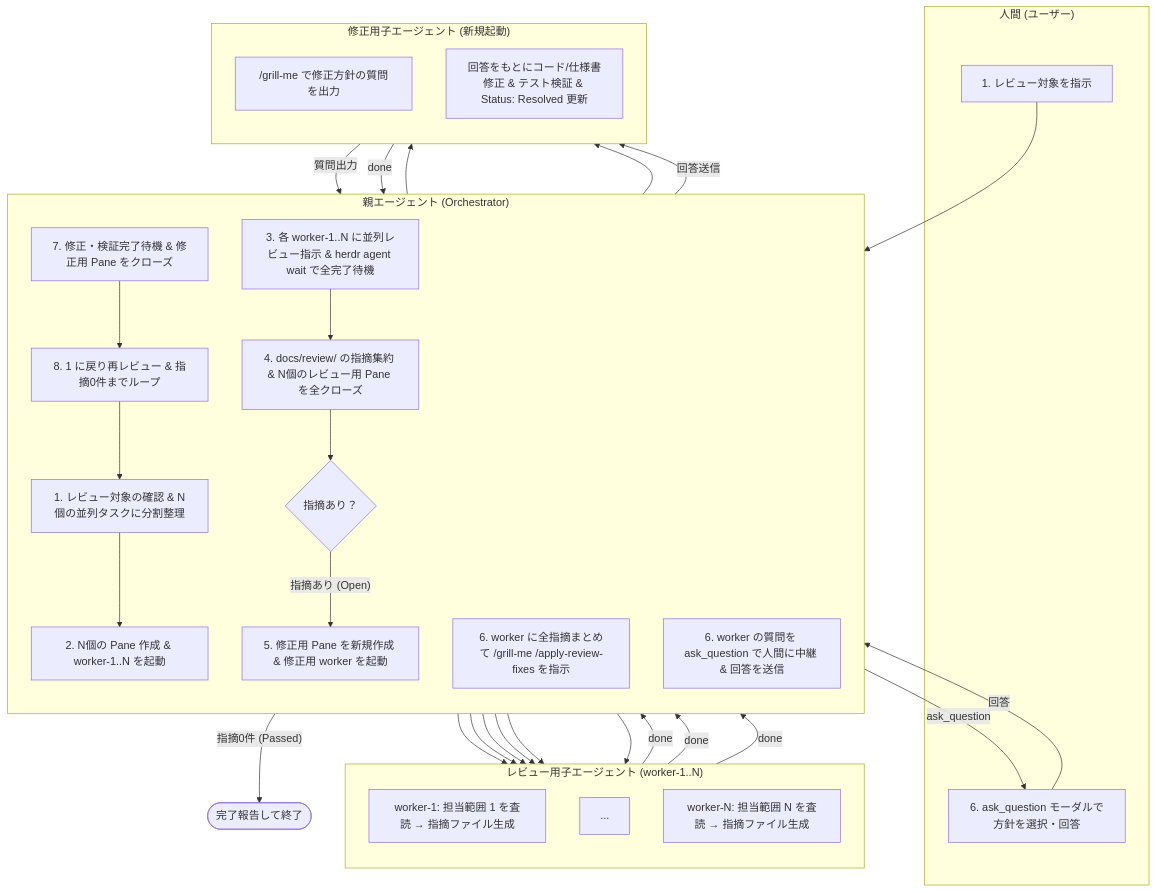
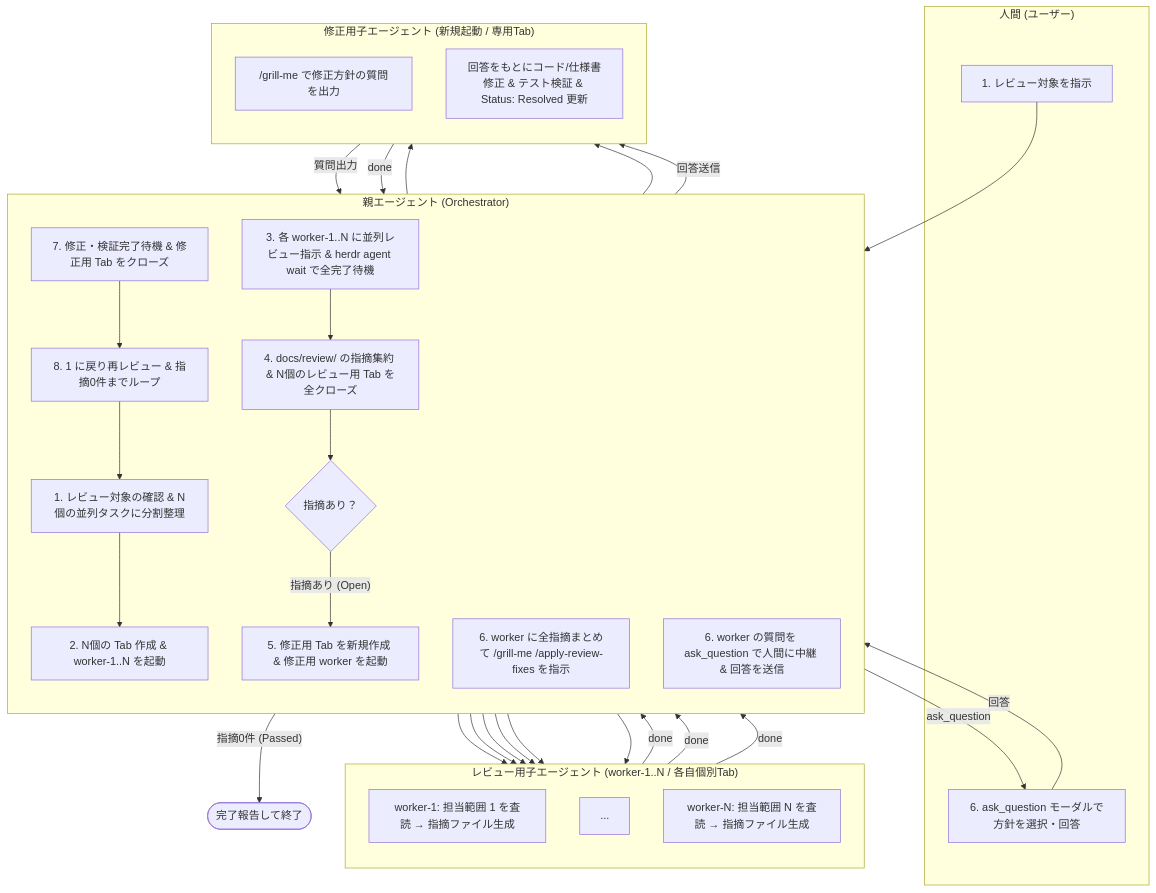
One commit to TUS-TI-dev-team/SyncTask changed the diagram in .agents/skills/herdr-review-loop/SKILL.md. Above: the diagram before and after it, drawn with Mermaid. The commit also changed other lines of this file, not shown here.

````diff
--- a/.agents/skills/herdr-review-loop/SKILL.md
+++ b/.agents/skills/herdr-review-loop/SKILL.md
@@ -16,53 +16,53 @@
 ```mermaid
 flowchart TD
     subgraph UserInteraction ["人間 (ユーザー)"]
         U1["1. レビュー対象を指示"]
         U2["6. ask_question モーダルで方針を選択・回答"]
     end
 
     subgraph Orchestrator ["親エージェント (Orchestrator)"]
         direction TB
         O1["1. レビュー対象の確認 & N個の並列タスクに分割整理"]
-        O2["2. N個の Pane 作成 & worker-1..N を起動"]
+        O2["2. N個の Tab 作成 & worker-1..N を起動"]
         O3["3. 各 worker-1..N に並列レビュー指示 & herdr agent wait で全完了待機"]
-        O4["4. docs/review/ の指摘集約 & N個のレビュー用 Pane を全クローズ"]
+        O4["4. docs/review/ の指摘集約 & N個のレビュー用 Tab を全クローズ"]
         O5{"指摘あり？"}
-        O6["5. 修正用 Pane を新規作成 & 修正用 worker を起動"]
+        O6["5. 修正用 Tab を新規作成 & 修正用 worker を起動"]
         O7["6. worker に全指摘まとめて /grill-me /apply-review-fixes を指示"]
         O8["6. worker の質問を ask_question で人間に中継 & 回答を送信"]
-        O9["7. 修正・検証完了待機 & 修正用 Pane をクローズ"]
+        O9["7. 修正・検証完了待機 & 修正用 Tab をクローズ"]
         O10["8. 1 に戻り再レビュー & 指摘0件までループ"]
     end
 
-    subgraph ReviewWorkers ["レビュー用子エージェント (worker-1..N)"]
+    subgraph ReviewWorkers ["レビュー用子エージェント (worker-1..N / 各自個別Tab)"]
         direction TB
         RW1["worker-1: 担当範囲 1 を査読 → 指摘ファイル生成"]
         RW2["..."]
         RW3["worker-N: 担当範囲 N を査読 → 指摘ファイル生成"]
     end
 
-    subgraph FixWorker ["修正用子エージェント (新規起動)"]
+    subgraph FixWorker ["修正用子エージェント (新規起動 / 専用Tab)"]
         direction TB
         FW1["/grill-me で修正方針の質問を出力"]
         FW2["回答をもとにコード/仕様書修正 & テスト検証 & Status: Resolved 更新"]
     end
 
     U1 --> O1
     O1 --> O2
     O2 --> RW1 & RW2 & RW3
     O3 --> RW1 & RW2 & RW3
     RW1 & RW2 & RW3 -- "done" --> O3
     O3 --> O4
     O4 --> O5
     O5 -- "指摘0件 (Passed)" --> End(["完了報告して終了"])
     O5 -- "指摘あり (Open)" --> O6
     O6 --> FW1
     O7 --> FW1
     FW1 -- "質問出力" --> O8
     O8 -- "ask_question" --> U2
     U2 -- "回答" --> O8
     O8 -- "回答送信" --> FW2
     FW2 -- "done" --> O9
     O9 --> O10
     O10 --> O1
 ```
````
